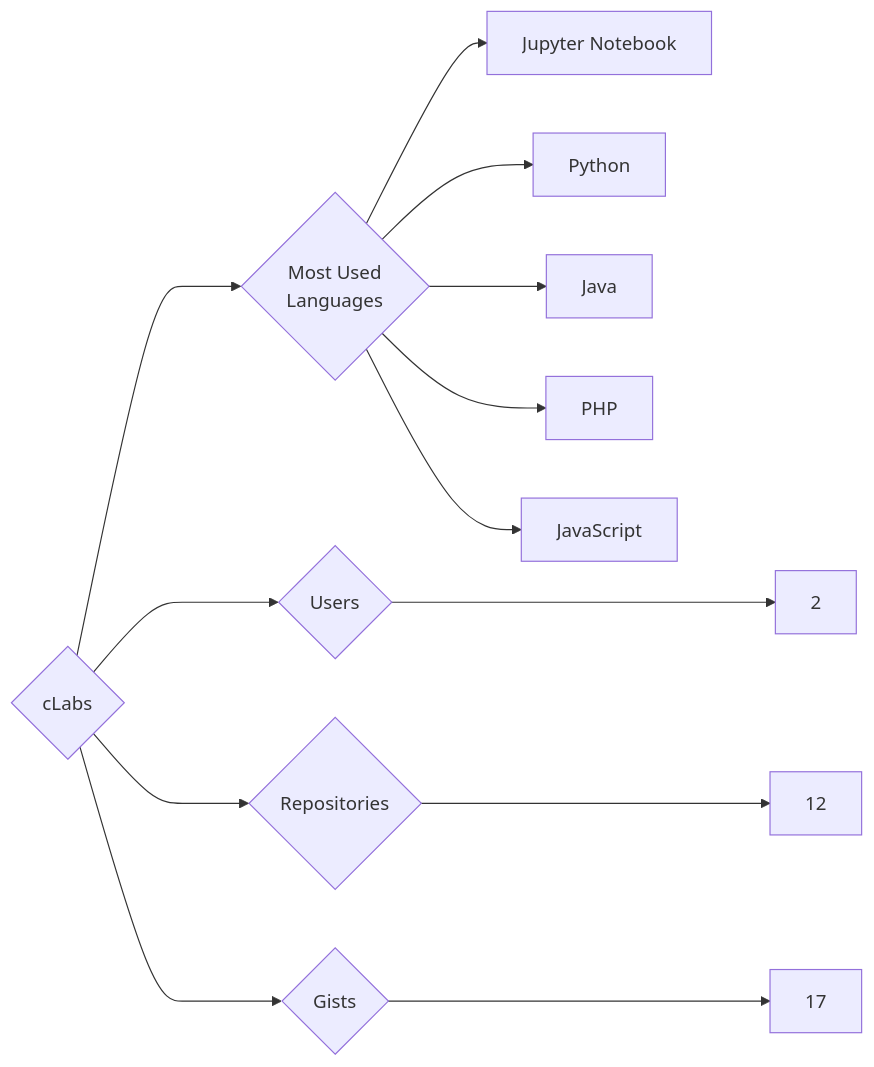
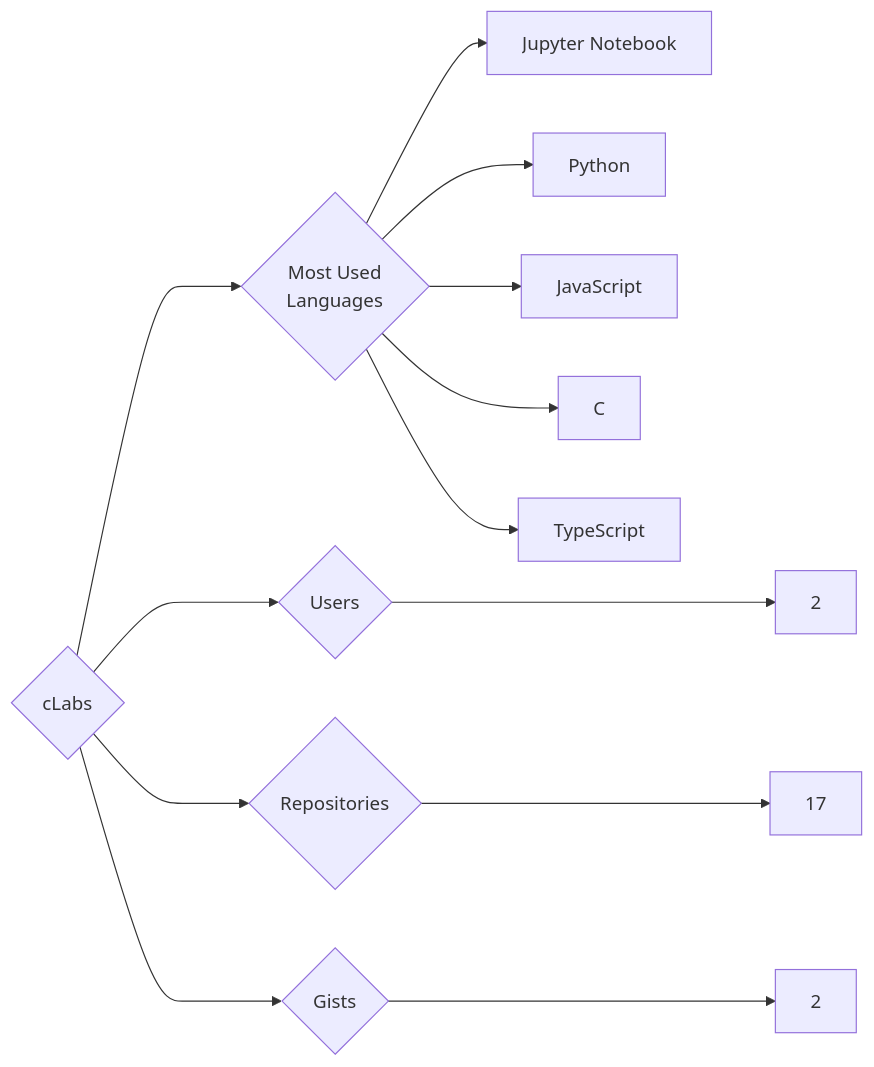
Before and after one commit to trickest/insiders: the diagram in targets/cLabs/README.md, drawn with Mermaid. The commit also changed 559 other files, not shown here.

````diff
--- a/targets/cLabs/README.md
+++ b/targets/cLabs/README.md
@@ -3,13 +3,13 @@
 ```mermaid
 graph LR
 COMPANY_NAME{cLabs}
 COMPANY_NAME ---> U{Users} ---> UN[2]
-COMPANY_NAME ---> R{Repositories} ---> RN[12]
-COMPANY_NAME ---> G{Gists} ---> GN[17]
+COMPANY_NAME ---> R{Repositories} ---> RN[17]
+COMPANY_NAME ---> G{Gists} ---> GN[2]
 COMPANY_NAME ---> ML{Most Used<br>Languages}
 ML --> Jupyter_Notebook[Jupyter Notebook]
 ML --> Python[Python]
-ML --> Java[Java]
-ML --> PHP[PHP]
 ML --> JavaScript[JavaScript]
+ML --> C[C]
+ML --> TypeScript[TypeScript]
 ```
````
